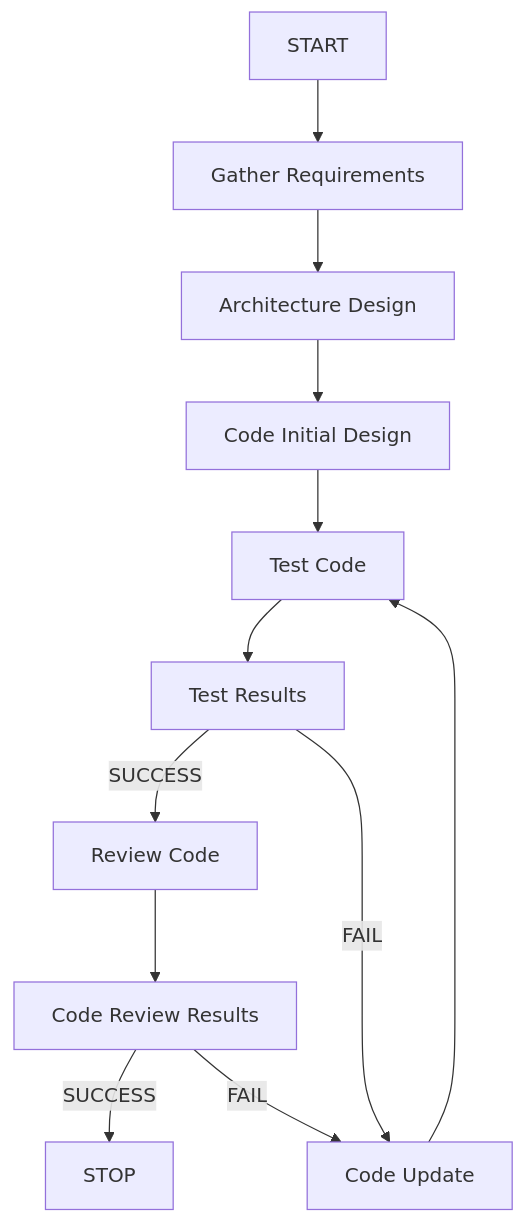
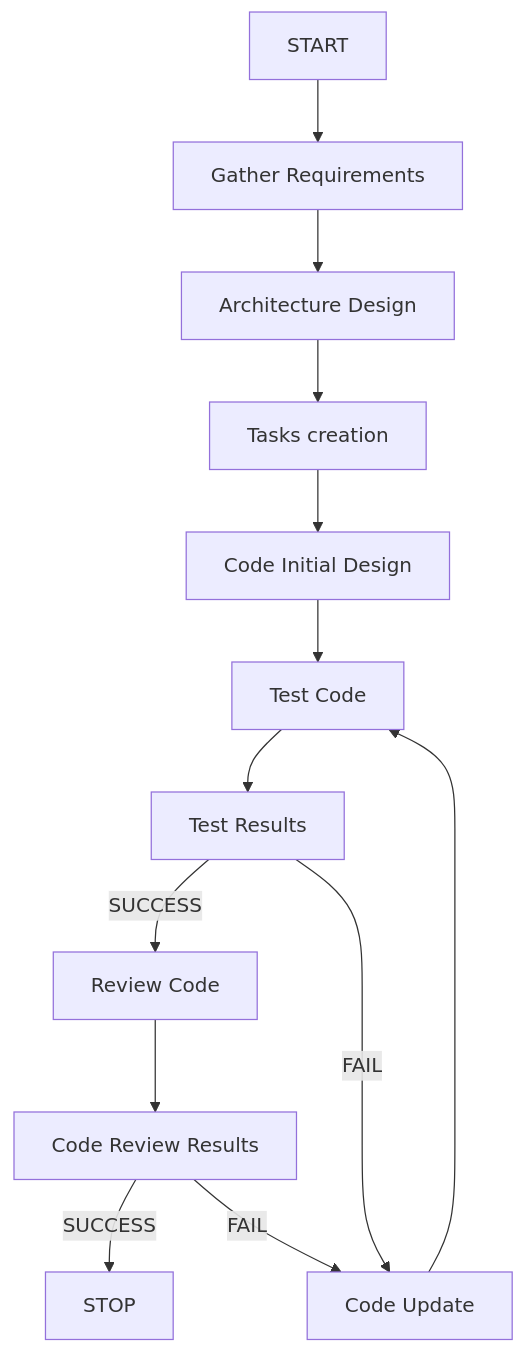
Before and after one commit to Moonsong-Labs/ai-nexus: the diagram in src/orchestrator/memory/project_states.md, drawn with Mermaid. The commit also changed other lines of this file and 2 other files, not shown here.

Commit message:
Add task manager as a tool

````diff
--- a/src/orchestrator/memory/project_states.md
+++ b/src/orchestrator/memory/project_states.md
@@ -14,14 +14,15 @@
 ```mermaid
 graph TD;
     START --> RQ[Gather Requirements];
     RQ --> AR[Architecture Design];
-    AR --> CI[Code Initial Design];
+    AR --> TM[Tasks creation];
+    TM --> CI[Code Initial Design]
     CI --> TS[Test Code];
     TS --> TR[Test Results];
     TR --> |SUCCESS| RW[Review Code];
     TR --> |FAIL| CU[Code Update];
     CU --> TS;
     RW --> RR[Code Review Results];
     RR --> |SUCCESS| STOP;
     RR --> |FAIL| CU[Code Update];
 ```
````
